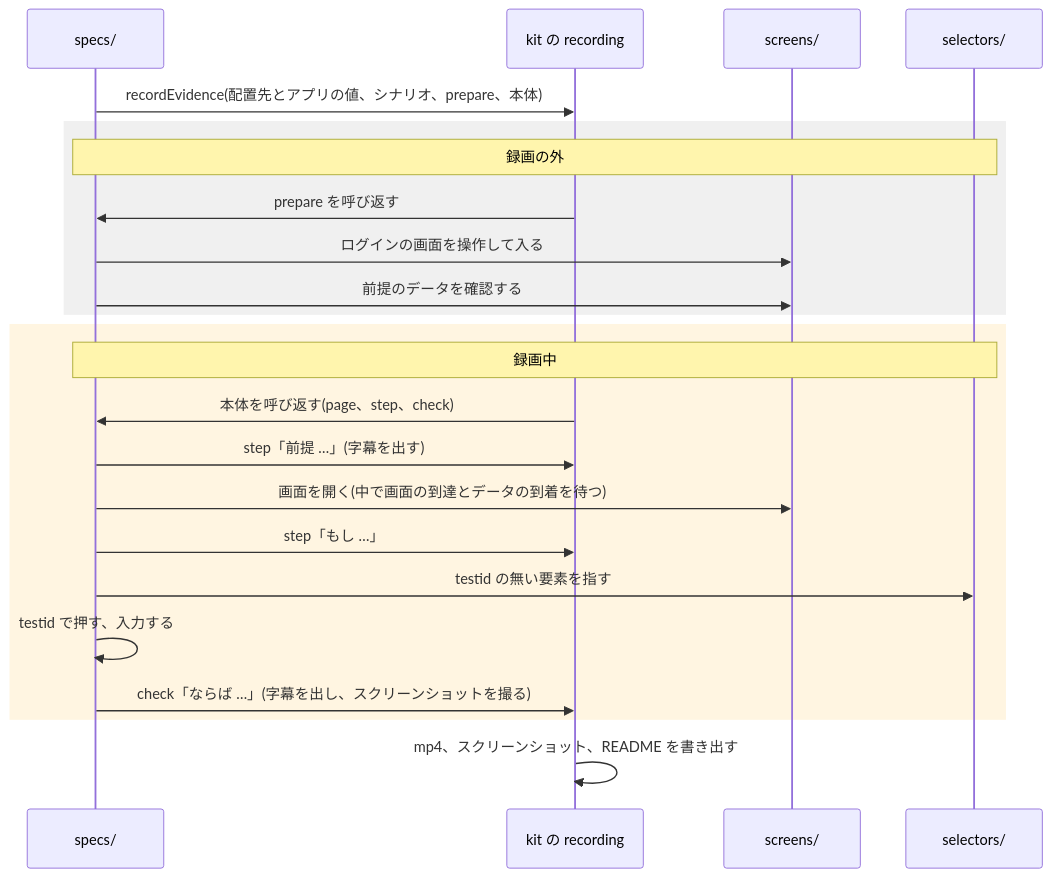
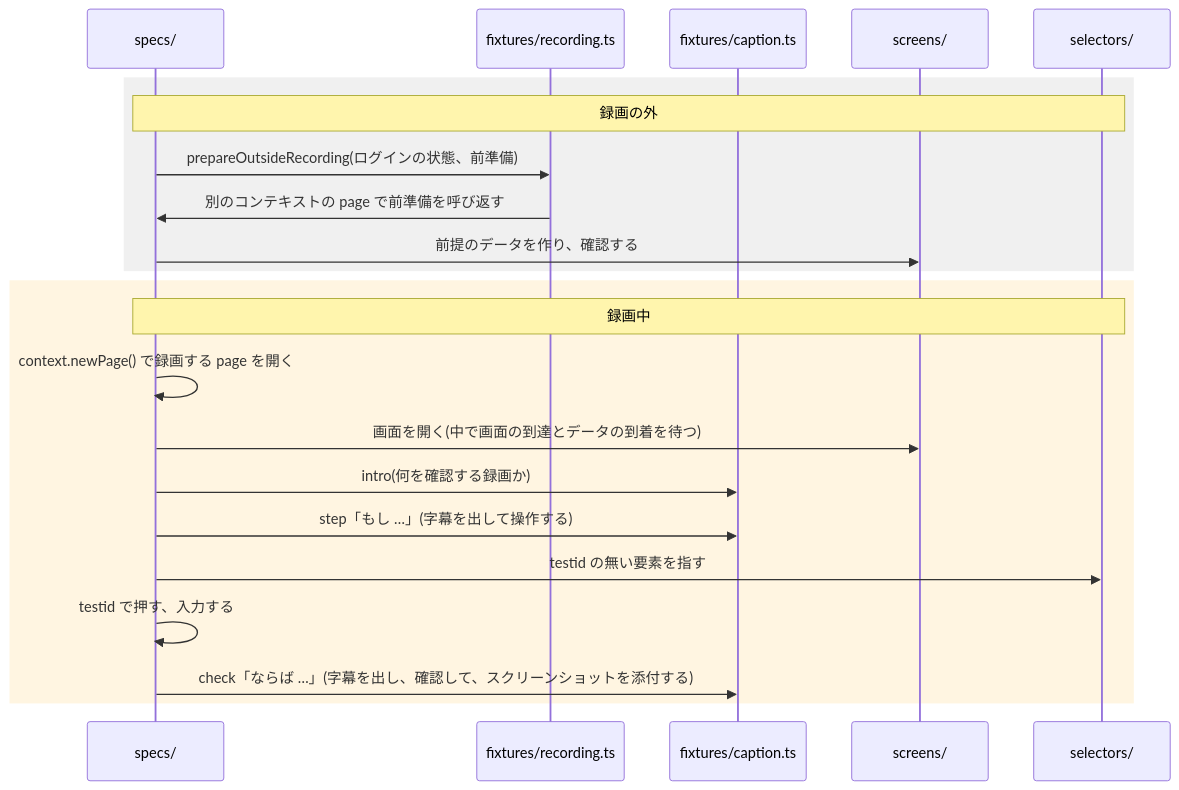
One commit to Fukuemon/buddy changed the third of 4 diagrams in packages/e2e/DesignDoc.md. Above: the diagram before and after it, drawn with Mermaid. The commit also changed other lines of this file and 4 other files, not shown here.

````diff
--- a/packages/e2e/DesignDoc.md
+++ b/packages/e2e/DesignDoc.md
@@ -121,26 +118,25 @@
 ```mermaid
 sequenceDiagram
   participant spec as specs/
-  participant rec as kit の recording
+  participant prep as fixtures/recording.ts
+  participant cap as fixtures/caption.ts
   participant scr as screens/
   participant sel as selectors/
 
-  spec->>rec: recordEvidence(配置先とアプリの値、シナリオ、prepare、本体)
   rect rgb(240, 240, 240)
     Note over spec,sel: 録画の外
-    rec->>spec: prepare を呼び返す
-    spec->>scr: ログインの画面を操作して入る
-    spec->>scr: 前提のデータを確認する
+    spec->>prep: prepareOutsideRecording(ログインの状態、前準備)
+    prep->>spec: 別のコンテキストの page で前準備を呼び返す
+    spec->>scr: 前提のデータを作り、確認する
   end
   rect rgb(255, 245, 225)
     Note over spec,sel: 録画中
-    rec->>spec: 本体を呼び返す(page、step、check)
-    spec->>rec: step「前提 …」(字幕を出す)
+    spec->>spec: context.newPage() で録画する page を開く
     spec->>scr: 画面を開く(中で画面の到達とデータの到着を待つ)
-    spec->>rec: step「もし …」
+    spec->>cap: intro(何を確認する録画か)
+    spec->>cap: step「もし …」(字幕を出して操作する)
     spec->>sel: testid の無い要素を指す
     spec->>spec: testid で押す、入力する
-    spec->>rec: check「ならば …」(字幕を出し、スクリーンショットを撮る)
+    spec->>cap: check「ならば …」(字幕を出し、確認して、スクリーンショットを添付する)
   end
-  rec->>rec: mp4、スクリーンショット、README を書き出す
 ```
````
